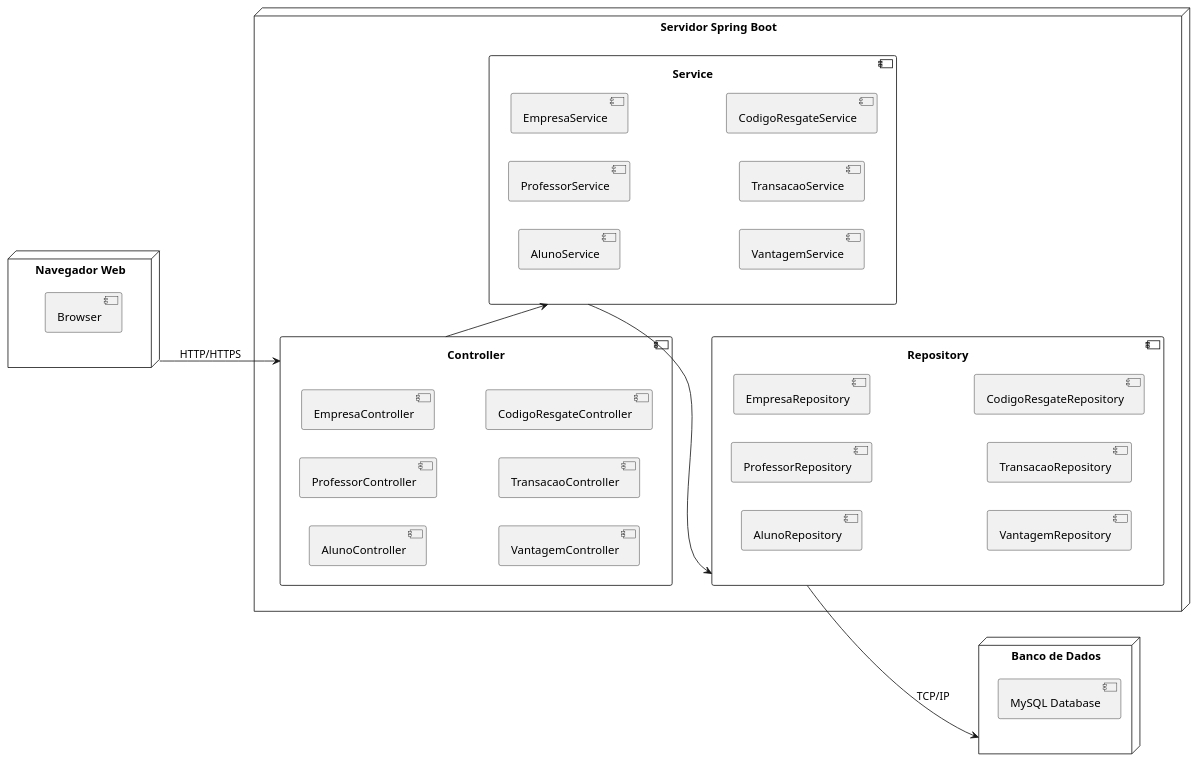
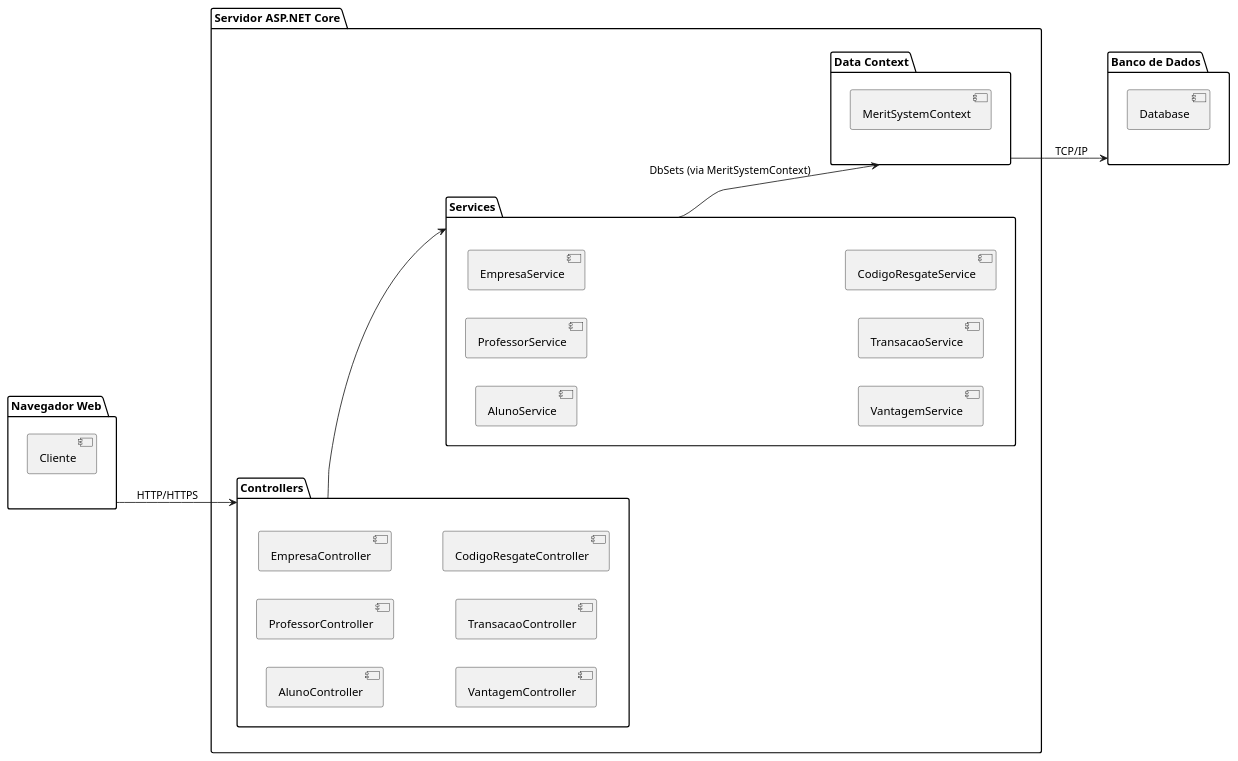
The diagram in Projeto/diagramaDeImplantacao.puml (JoaoRajao/SistemaMoedaEstudantil), drawn with PlantUML before and after one commit. The commit also changed 10 other files, not shown here.

```diff
--- a/Projeto/diagramaDeImplantacao.puml
+++ b/Projeto/diagramaDeImplantacao.puml
@@ -1,48 +1,42 @@
 @startuml
 left to right direction
 
-node "Navegador Web" as navegador {
-    [Browser]
+package "Navegador Web" as navegador {
+    [Cliente]
 }
 
-node "Servidor Spring Boot" as spring {
+package "Servidor ASP.NET Core" as aspnet {
     
-    component "Controller" as controller {
+    package "Controllers" as controllers {
         [AlunoController]
         [ProfessorController]
         [EmpresaController]
         [VantagemController]
         [TransacaoController]
         [CodigoResgateController]
     }
     
-    component "Service" as service {
+    package "Services" as services {
         [AlunoService]
         [ProfessorService]
         [EmpresaService]
         [VantagemService]
         [TransacaoService]
         [CodigoResgateService]
     }
     
-    component "Repository" as repository {
-        [AlunoRepository] 
-        [ProfessorRepository] 
-        [EmpresaRepository] 
-        [VantagemRepository]
-        [TransacaoRepository]
-        [CodigoResgateRepository]
+    package "Data Context" as context {
+        [MeritSystemContext]
     }
 }
 
-node "Banco de Dados" as banco_dados {
-    [MySQL Database]
+package "Banco de Dados" as banco_dados {
+    [Database]
 }
 
-
-navegador --> controller : HTTP/HTTPS
-controller --> service 
-service --> repository 
-repository --> banco_dados : TCP/IP
+navegador --> controllers : HTTP/HTTPS
+controllers --> services 
+services --> context : DbSets (via MeritSystemContext)
+context --> banco_dados : TCP/IP
 
 @enduml
```
